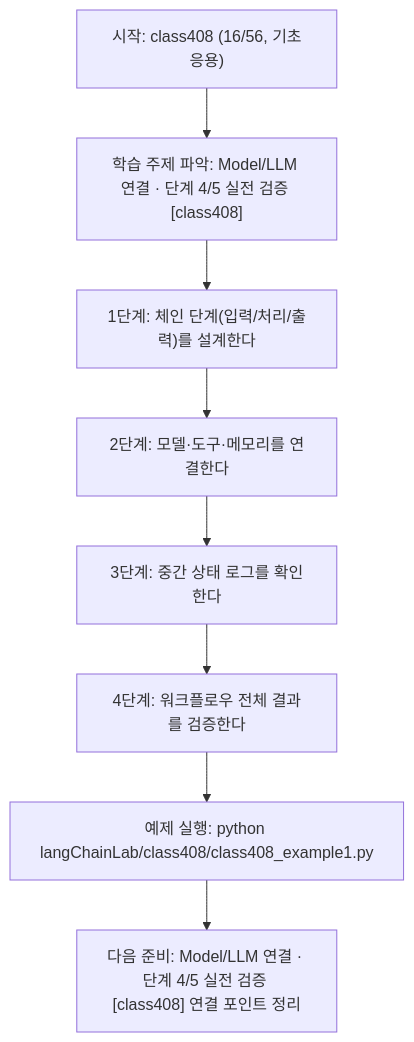
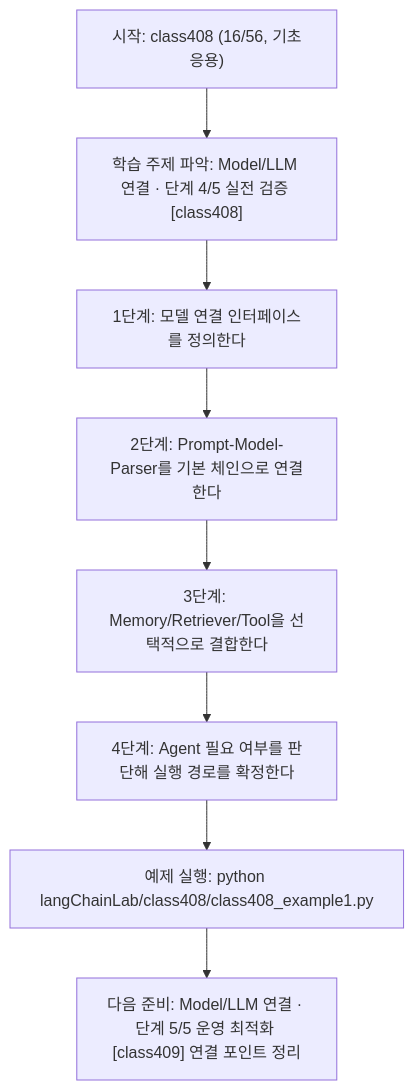
One commit to edumgt/Python-AI_Agent-Class changed the diagram in langChainLab/class408/class408.md. Above: the diagram before and after it, drawn with Mermaid. The commit also changed other lines of this file and 395 other files, not shown here.

````diff
--- a/langChainLab/class408/class408.md
+++ b/langChainLab/class408/class408.md
@@ -110,18 +91,18 @@
 ```mermaid
 flowchart TD
 N1["시작: class408 (16/56, 기초응용)"]
 N2["학습 주제 파악: Model/LLM 연결 · 단계 4/5 실전 검증 [class408]"]
-N3["1단계: 체인 단계(입력/처리/출력)를 설계한다"]
-N4["2단계: 모델·도구·메모리를 연결한다"]
-N5["3단계: 중간 상태 로그를 확인한다"]
-N6["4단계: 워크플로우 전체 결과를 검증한다"]
+N3["1단계: 모델 연결 인터페이스를 정의한다"]
+N4["2단계: Prompt-Model-Parser를 기본 체인으로 연결한다"]
+N5["3단계: Memory/Retriever/Tool을 선택적으로 결합한다"]
+N6["4단계: Agent 필요 여부를 판단해 실행 경로를 확정한다"]
 N7["예제 실행: python langChainLab/class408/class408_example1.py"]
-N8["다음 준비: Model/LLM 연결 · 단계 4/5 실전 검증 [class408] 연결 포인트 정리"]
+N8["다음 준비: Model/LLM 연결 · 단계 5/5 운영 최적화 [class409] 연결 포인트 정리"]
 N1 --> N2
 N2 --> N3
 N3 --> N4
 N4 --> N5
 N5 --> N6
 N6 --> N7
 N7 --> N8
 ```
````
